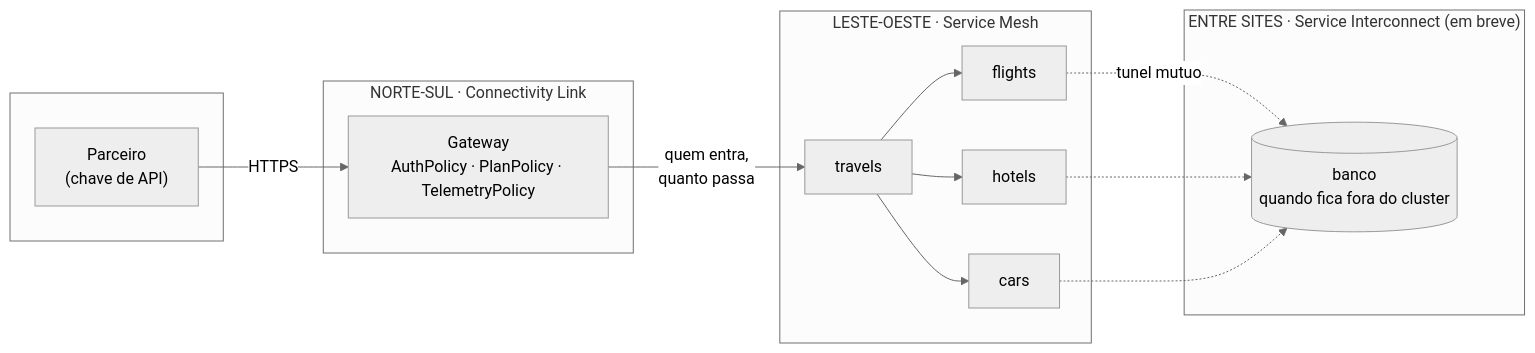
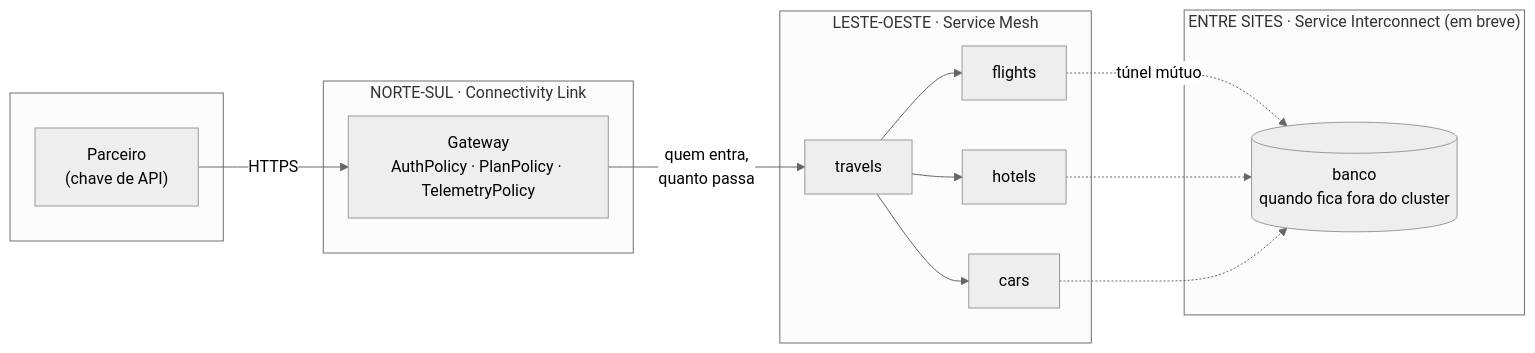
Before and after one commit to workshop-tanaka/rhcl-connectivity-workshop: the diagram in content/modules/ROOT/pages/fronteiras.adoc, drawn with Mermaid (neutral theme). The commit also changed other lines of this file and 26 other files, not shown here.

```diff
--- a/content/modules/ROOT/pages/fronteiras.adoc
+++ b/content/modules/ROOT/pages/fronteiras.adoc
@@ -18,23 +18,23 @@
 [mermaid]
 ....
 flowchart LR
   subgraph EXT[" "]
     P["Parceiro<br/>(chave de API)"]
   end
   subgraph NS["NORTE-SUL · Connectivity Link"]
     G["Gateway<br/>AuthPolicy · PlanPolicy · TelemetryPolicy"]
   end
   subgraph EW["LESTE-OESTE · Service Mesh"]
     T[travels] --> F[flights]
     T --> H[hotels]
     T --> C[cars]
   end
   subgraph SI["ENTRE SITES · Service Interconnect (em breve)"]
     DB[("banco<br/>quando fica fora do cluster")]
   end
   P -->|HTTPS| G
   G -->|"quem entra,<br/>quanto passa"| T
-  F -.->|"tunel mutuo"| DB
+  F -.->|"túnel mútuo"| DB
   H -.-> DB
   C -.-> DB
 ....
```
